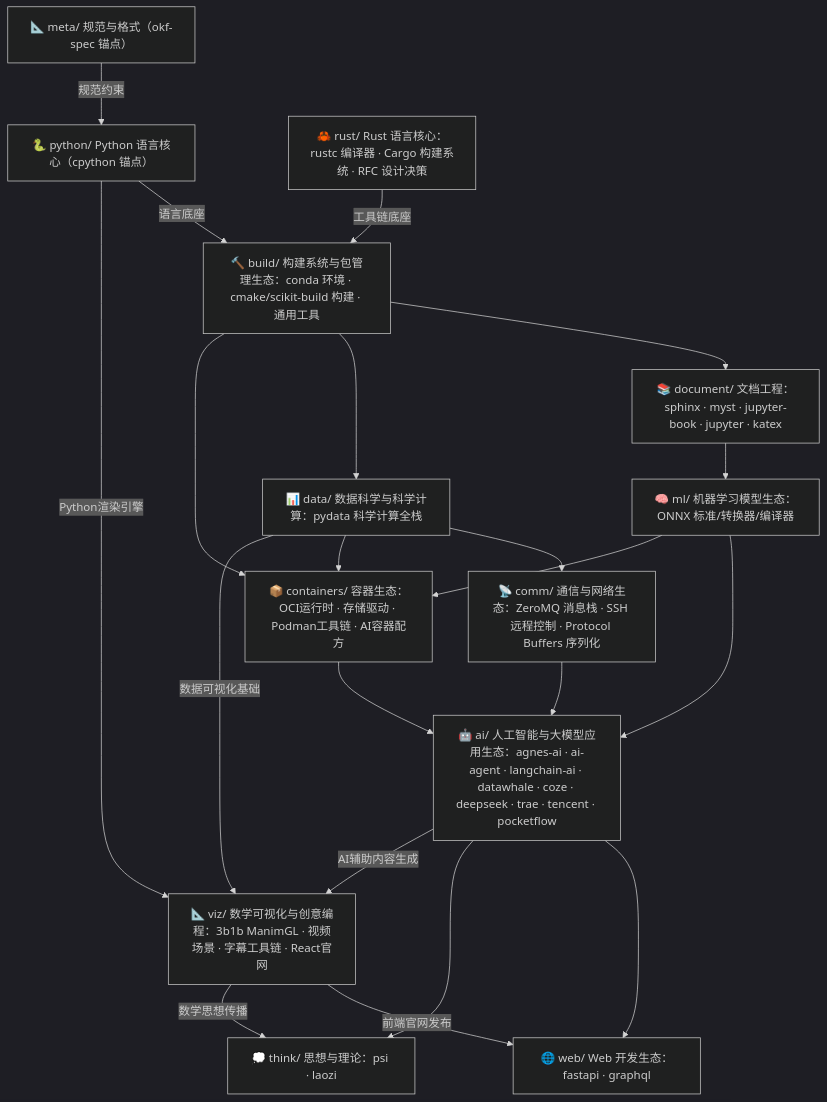
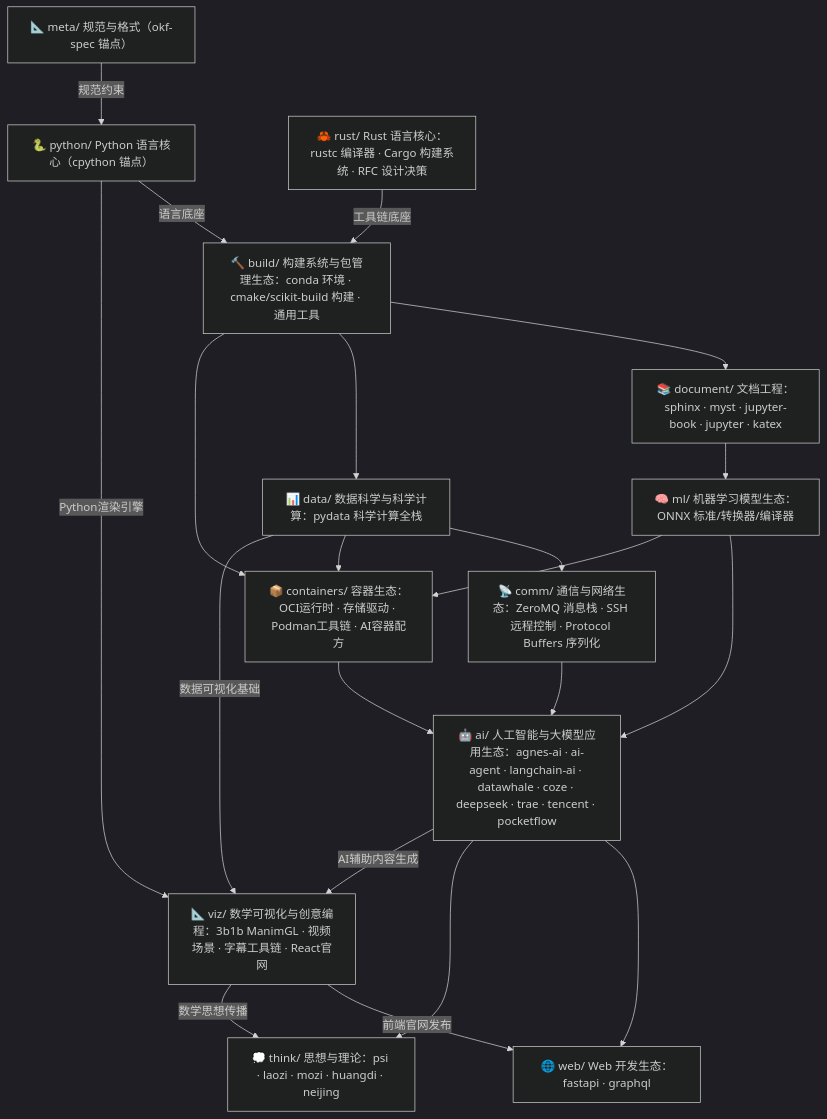
One commit to awesome-flexloop/awesome-okf changed the first of 2 diagrams in doc/bundles/index.md. Above: the diagram before and after it, drawn with Mermaid (dark theme). The commit also changed other lines of this file and 25 other files, not shown here.

````diff
--- a/doc/bundles/index.md
+++ b/doc/bundles/index.md
@@ -21,36 +21,36 @@
 ```mermaid
 flowchart TD
     meta["📐 meta/ 规范与格式（okf-spec 锚点）"]
     py["🐍 python/ Python 语言核心（cpython 锚点）"]
     rust["🦀 rust/ Rust 语言核心：rustc 编译器 · Cargo 构建系统 · RFC 设计决策"]
     build["🔨 build/ 构建系统与包管理生态：conda 环境 · cmake/scikit-build 构建 · 通用工具"]
     doc["📚 document/ 文档工程：sphinx · myst · jupyter-book · jupyter · katex"]
     data["📊 data/ 数据科学与科学计算：pydata 科学计算全栈"]
     ml["🧠 ml/ 机器学习模型生态：ONNX 标准/转换器/编译器"]
     comm["📡 comm/ 通信与网络生态：ZeroMQ 消息栈 · SSH 远程控制 · Protocol Buffers 序列化"]
     ai["🤖 ai/ 人工智能与大模型应用生态：agnes-ai · ai-agent · langchain-ai · datawhale · coze · deepseek · trae · tencent · pocketflow"]
     viz["📐 viz/ 数学可视化与创意编程：3b1b ManimGL · 视频场景 · 字幕工具链 · React官网"]
     web["🌐 web/ Web 开发生态：fastapi · graphql"]
     containers["📦 containers/ 容器生态：OCI运行时 · 存储驱动 · Podman工具链 · AI容器配方"]
-    think["💭 think/ 思想与理论：psi · laozi"]
+    think["💭 think/ 思想与理论：psi · laozi · mozi · huangdi · neijing"]
     meta -->|"规范约束"| py
     py -->|"语言底座"| build
     rust -->|"工具链底座"| build
     build --> doc
     build --> data
     build --> containers
     doc --> ml
     data --> comm
     data --> containers
     data -->|"数据可视化基础"| viz
     py -->|"Python渲染引擎"| viz
     ml --> ai
     ml --> containers
     comm --> ai
     containers --> ai
     ai --> web
     ai --> think
     ai -->|"AI辅助内容生成"| viz
     viz -->|"前端官网发布"| web
     viz -->|"数学思想传播"| think
 ```
````
